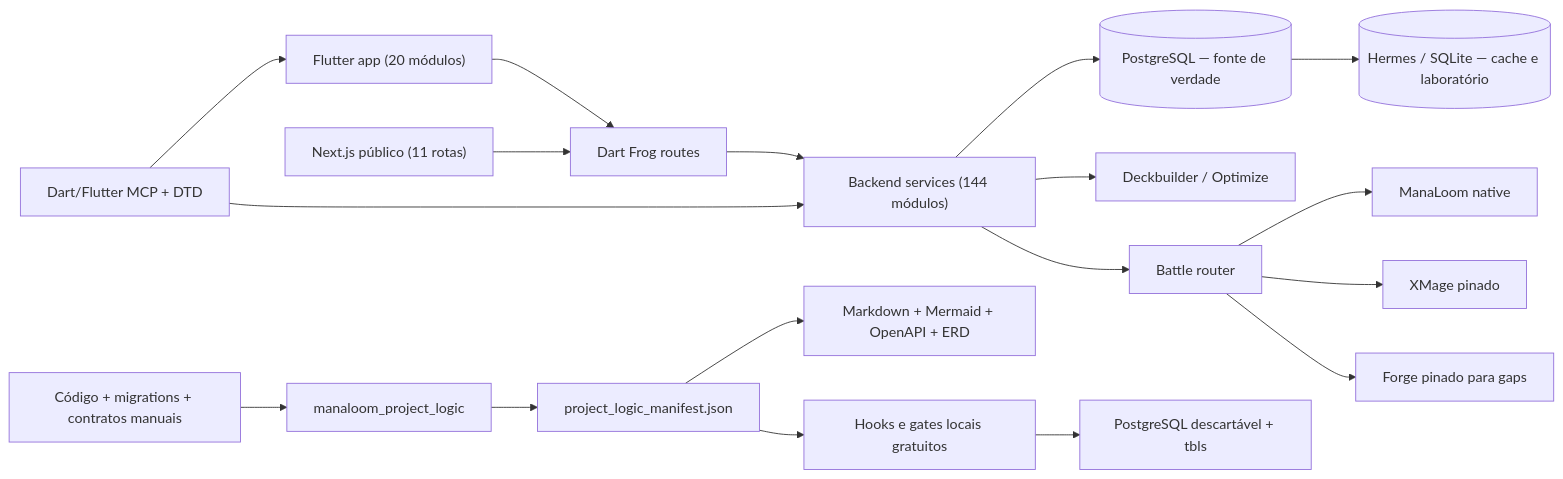
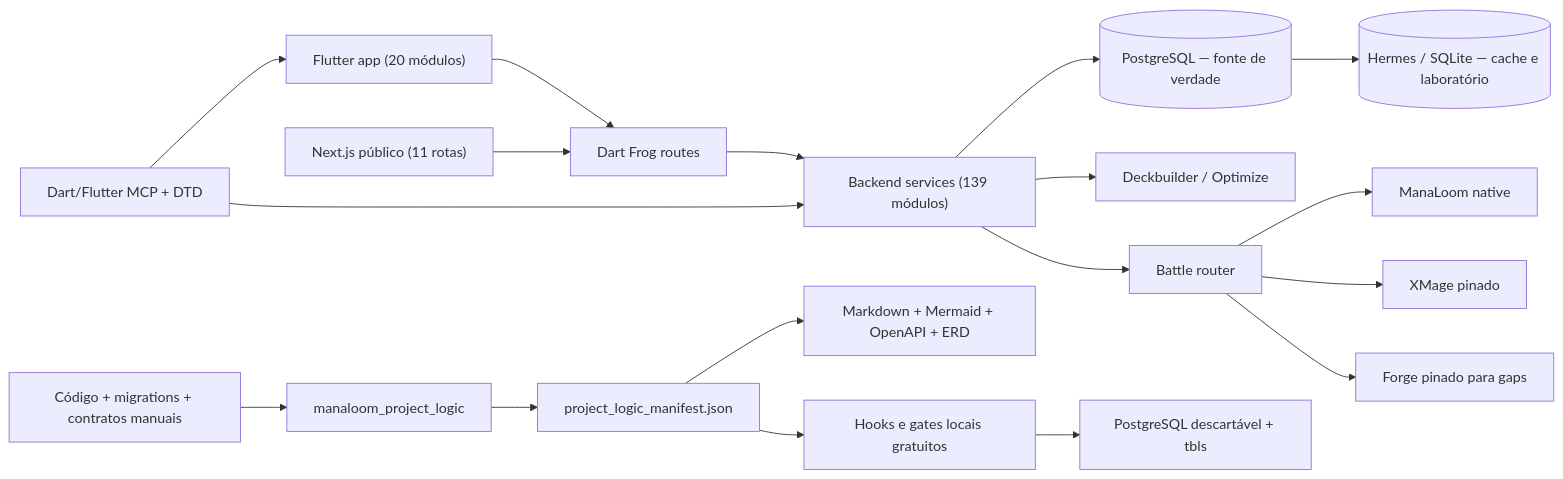
One commit to softwarePredador/mtgia changed the diagram in docs/generated/ARCHITECTURE.md. Above: the diagram before and after it, drawn with Mermaid. The commit also changed 52 other files, not shown here.

````diff
--- a/docs/generated/ARCHITECTURE.md
+++ b/docs/generated/ARCHITECTURE.md
@@ -5,20 +5,20 @@
 ```mermaid
 flowchart LR
     UI["Flutter app (20 módulos)"] --> API["Dart Frog routes"]
     WEB["Next.js público (11 rotas)"] --> API
-    API --> DOMAIN["Backend services (144 módulos)"]
+    API --> DOMAIN["Backend services (139 módulos)"]
     DOMAIN --> PG[("PostgreSQL — fonte de verdade")]
     DOMAIN --> AI["Deckbuilder / Optimize"]
     DOMAIN --> BATTLE["Battle router"]
     BATTLE --> NATIVE["ManaLoom native"]
     BATTLE --> XMAGE["XMage pinado"]
     BATTLE --> FORGE["Forge pinado para gaps"]
     PG --> HERMES[("Hermes / SQLite — cache e laboratório")]
     SRC["Código + migrations + contratos manuais"] --> GEN["manaloom_project_logic"]
     GEN --> MANIFEST["project_logic_manifest.json"]
     MANIFEST --> DOCS["Markdown + Mermaid + OpenAPI + ERD"]
     MANIFEST --> LOCAL["Hooks e gates locais gratuitos"]
     LOCAL --> TBLS["PostgreSQL descartável + tbls"]
     MCP["Dart/Flutter MCP + DTD"] --> UI
     MCP --> DOMAIN
 ```
````
